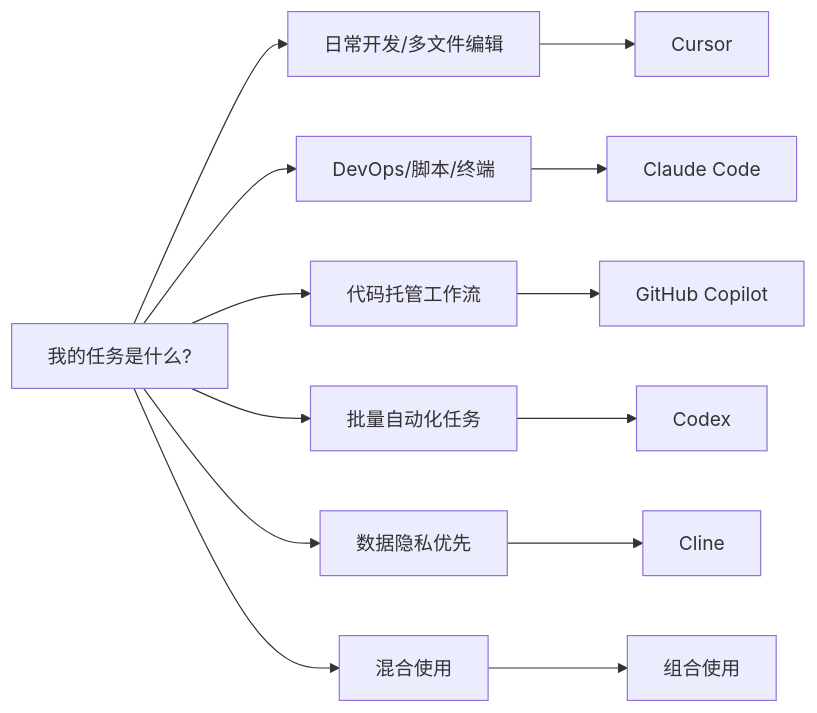
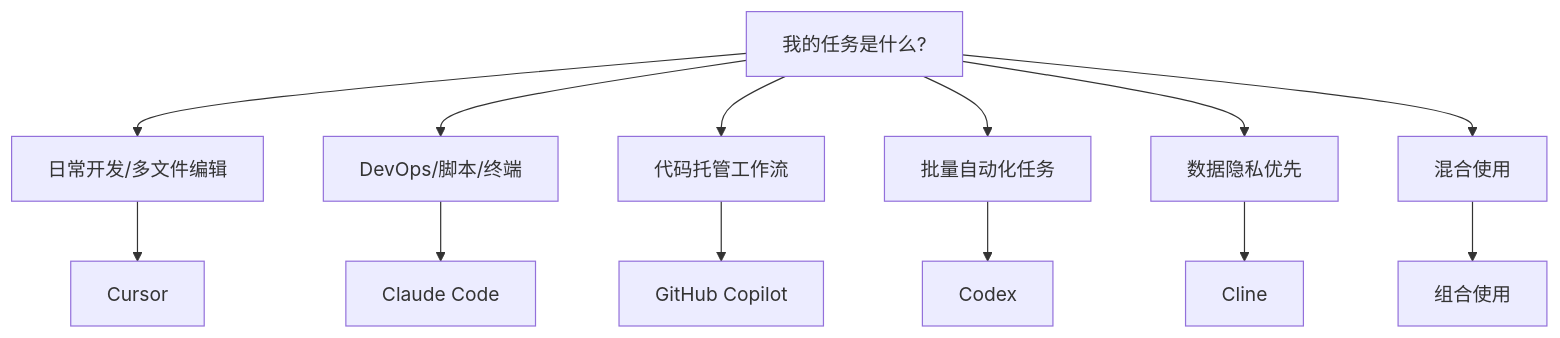
One commit to yeasy/agentic_ai_guide changed the first of 2 diagrams in 10_agentic_coding/10.3_tools.md. Above: the diagram before and after it, drawn with Mermaid. The commit also changed other lines of this file and 41 other files, not shown here.

````diff
--- a/10_agentic_coding/10.3_tools.md
+++ b/10_agentic_coding/10.3_tools.md
@@ -505,22 +504,22 @@
 ```mermaid
-graph LR
+graph TD
     Task[我的任务是什么?]
     
     Task --> Daily[日常开发/多文件编辑]
     Daily --> Cursor[Cursor]
     
     Task --> DevOps[DevOps/脚本/终端]
     DevOps --> Claude[Claude Code]
     
     Task --> GitHub[代码托管工作流]
     GitHub --> Copilot[GitHub Copilot]
     
     Task --> Auto[批量自动化任务]
     Auto --> Codex[Codex]
     
     Task --> Privacy[数据隐私优先]
     Privacy --> Cline[Cline]
     
     Task --> Mix[混合使用]
     Mix --> Multi[组合使用]
 ```
````
